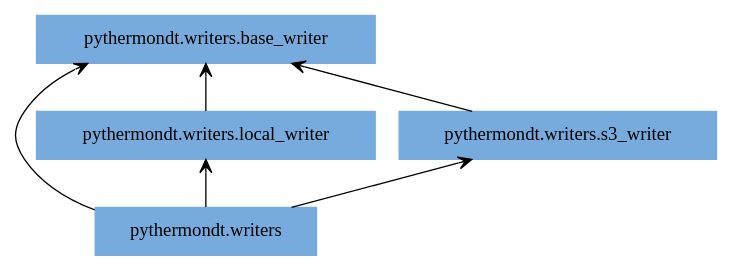
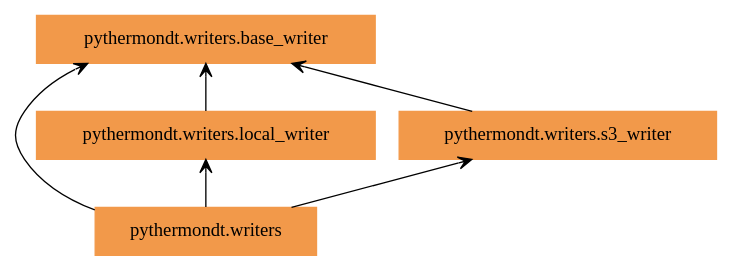
One commit to voidsy-gmbh/pyThermoNDT changed the diagram in docs/pyreverse/packages_pythermondt.writers.gv. Above: the diagram before and after it, drawn with Graphviz. The commit also changed 29 other files, not shown here.

First line of the commit message:
Update the pyreverse diagrams in documentation folder to make them more readable (#44)

```diff
--- a/docs/pyreverse/packages_pythermondt.writers.gv
+++ b/docs/pyreverse/packages_pythermondt.writers.gv
@@ -1,13 +1,13 @@
 digraph "packages_pythermondt.writers" {
 rankdir=BT
 charset="utf-8"
-"pythermondt.writers" [color="#77AADD", label=<pythermondt.writers>, shape="box", style="filled"];
-"pythermondt.writers.base_writer" [color="#77AADD", label=<pythermondt.writers.base_writer>, shape="box", style="filled"];
-"pythermondt.writers.local_writer" [color="#77AADD", label=<pythermondt.writers.local_writer>, shape="box", style="filled"];
-"pythermondt.writers.s3_writer" [color="#77AADD", label=<pythermondt.writers.s3_writer>, shape="box", style="filled"];
+"pythermondt.writers" [color="#F2994A", label=<pythermondt.writers>, shape="box", style="filled"];
+"pythermondt.writers.base_writer" [color="#F2994A", label=<pythermondt.writers.base_writer>, shape="box", style="filled"];
+"pythermondt.writers.local_writer" [color="#F2994A", label=<pythermondt.writers.local_writer>, shape="box", style="filled"];
+"pythermondt.writers.s3_writer" [color="#F2994A", label=<pythermondt.writers.s3_writer>, shape="box", style="filled"];
 "pythermondt.writers" -> "pythermondt.writers.base_writer" [arrowhead="open", arrowtail="none"];
 "pythermondt.writers" -> "pythermondt.writers.local_writer" [arrowhead="open", arrowtail="none"];
 "pythermondt.writers" -> "pythermondt.writers.s3_writer" [arrowhead="open", arrowtail="none"];
 "pythermondt.writers.local_writer" -> "pythermondt.writers.base_writer" [arrowhead="open", arrowtail="none"];
 "pythermondt.writers.s3_writer" -> "pythermondt.writers.base_writer" [arrowhead="open", arrowtail="none"];
 }
```
